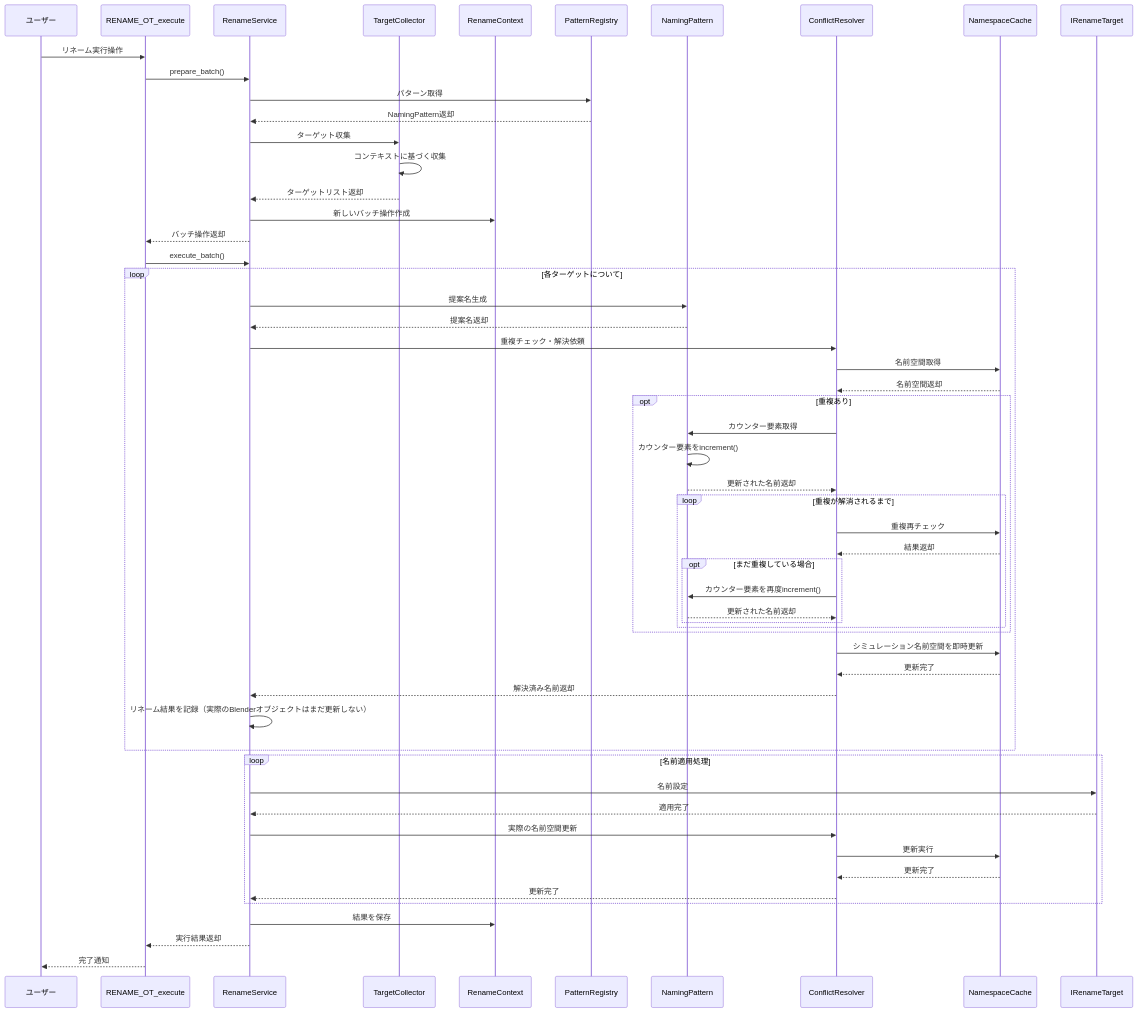
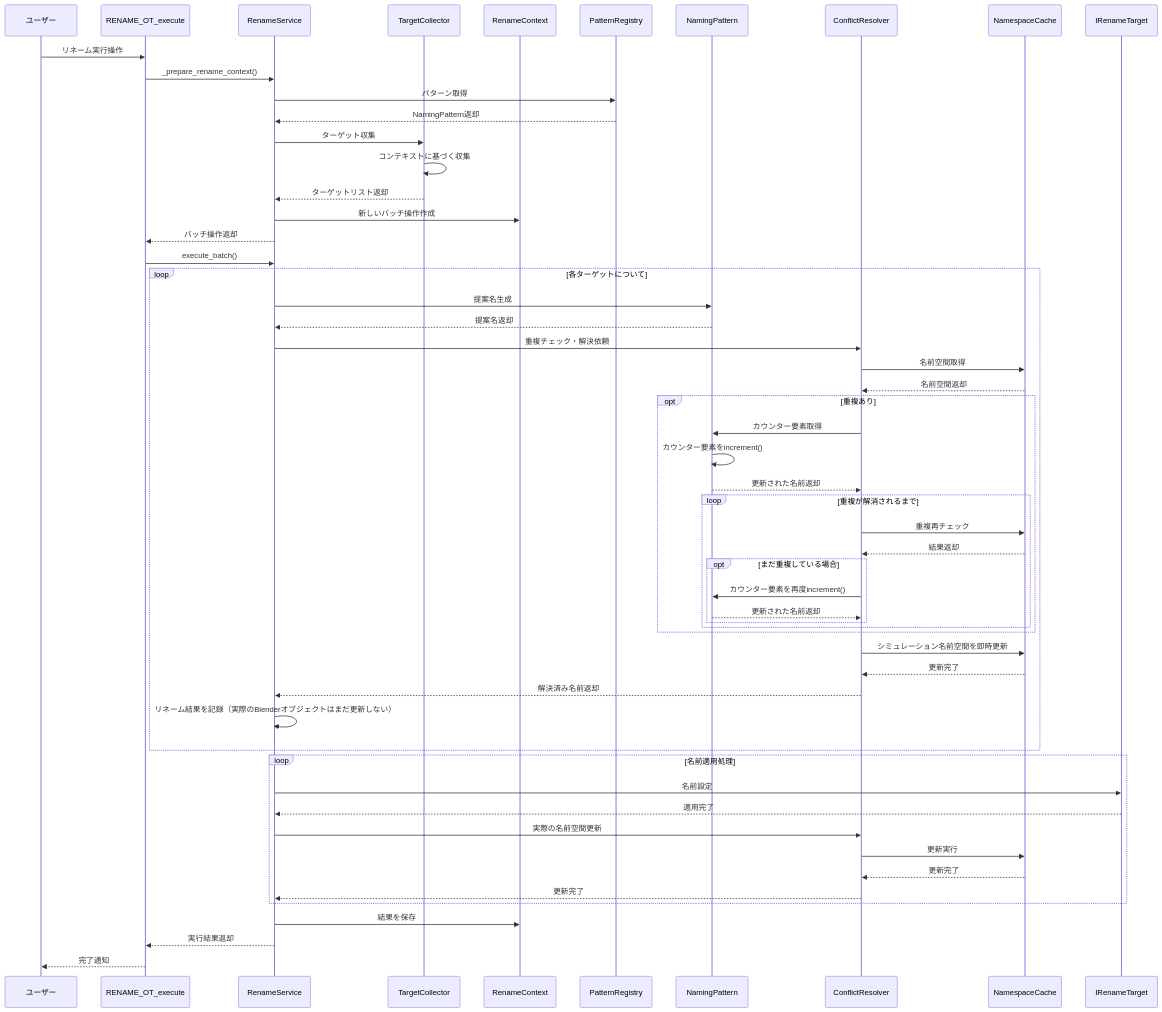
Before and after one commit to Pluglug/modular-renamer: the first of 3 diagrams in docs/source/development/design_notes/class_diagrams.rst, drawn with Mermaid. The commit also changed other lines of this file and 16 other files, not shown here.

```diff
--- a/docs/source/development/design_notes/class_diagrams.rst
+++ b/docs/source/development/design_notes/class_diagrams.rst
@@ -5,74 +5,74 @@
 .. mermaid::
     :caption: 順次処理型一括リネーム処理フロー
     :zoom:
 
     sequenceDiagram
         participant ユーザー
         participant RENAME_OT_execute
         participant RenameService
         participant TargetCollector
         participant RenameContext
         participant PatternRegistry
         participant NamingPattern
         participant ConflictResolver
         participant NamespaceCache
         
         ユーザー->>RENAME_OT_execute: リネーム実行操作
-        RENAME_OT_execute->>RenameService: prepare_batch()
+        RENAME_OT_execute->>RenameService: _prepare_rename_context()
         
         RenameService->>PatternRegistry: パターン取得
         PatternRegistry-->>RenameService: NamingPattern返却
         
         RenameService->>TargetCollector: ターゲット収集
         TargetCollector->>TargetCollector: コンテキストに基づく収集
         TargetCollector-->>RenameService: ターゲットリスト返却
         
         RenameService->>RenameContext: 新しいバッチ操作作成
         RenameService-->>RENAME_OT_execute: バッチ操作返却
         
         RENAME_OT_execute->>RenameService: execute_batch()
         
         loop 各ターゲットについて
             RenameService->>NamingPattern: 提案名生成
             NamingPattern-->>RenameService: 提案名返却
             
             RenameService->>ConflictResolver: 重複チェック・解決依頼
             ConflictResolver->>NamespaceCache: 名前空間取得
             NamespaceCache-->>ConflictResolver: 名前空間返却
             
             opt 重複あり
                 ConflictResolver->>NamingPattern: カウンター要素取得
                 NamingPattern->>NamingPattern: カウンター要素をincrement()
                 NamingPattern-->>ConflictResolver: 更新された名前返却
                 
                 loop 重複が解消されるまで
                     ConflictResolver->>NamespaceCache: 重複再チェック
                     NamespaceCache-->>ConflictResolver: 結果返却
                     
                     opt まだ重複している場合
                         ConflictResolver->>NamingPattern: カウンター要素を再度increment()
                         NamingPattern-->>ConflictResolver: 更新された名前返却
                     end
                 end
             end
             
             ConflictResolver->>NamespaceCache: シミュレーション名前空間を即時更新
             NamespaceCache-->>ConflictResolver: 更新完了
             ConflictResolver-->>RenameService: 解決済み名前返却
             
             RenameService->>RenameService: リネーム結果を記録（実際のBlenderオブジェクトはまだ更新しない）
         end
         
         loop 名前適用処理
             RenameService->>IRenameTarget: 名前設定
             IRenameTarget-->>RenameService: 適用完了
             
             RenameService->>ConflictResolver: 実際の名前空間更新
             ConflictResolver->>NamespaceCache: 更新実行
             NamespaceCache-->>ConflictResolver: 更新完了
             ConflictResolver-->>RenameService: 更新完了
         end
         
         RenameService->>RenameContext: 結果を保存
         RenameService-->>RENAME_OT_execute: 実行結果返却
         RENAME_OT_execute-->>ユーザー: 完了通知
```
